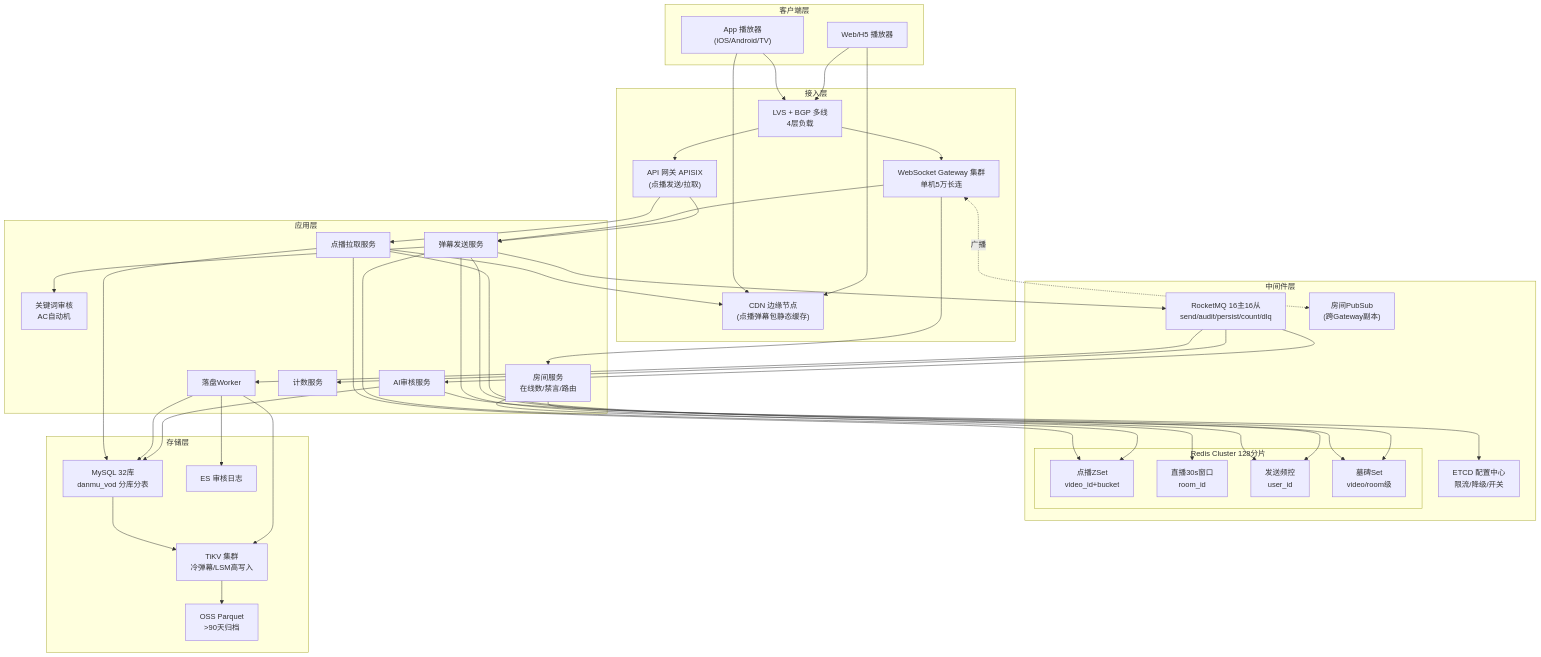
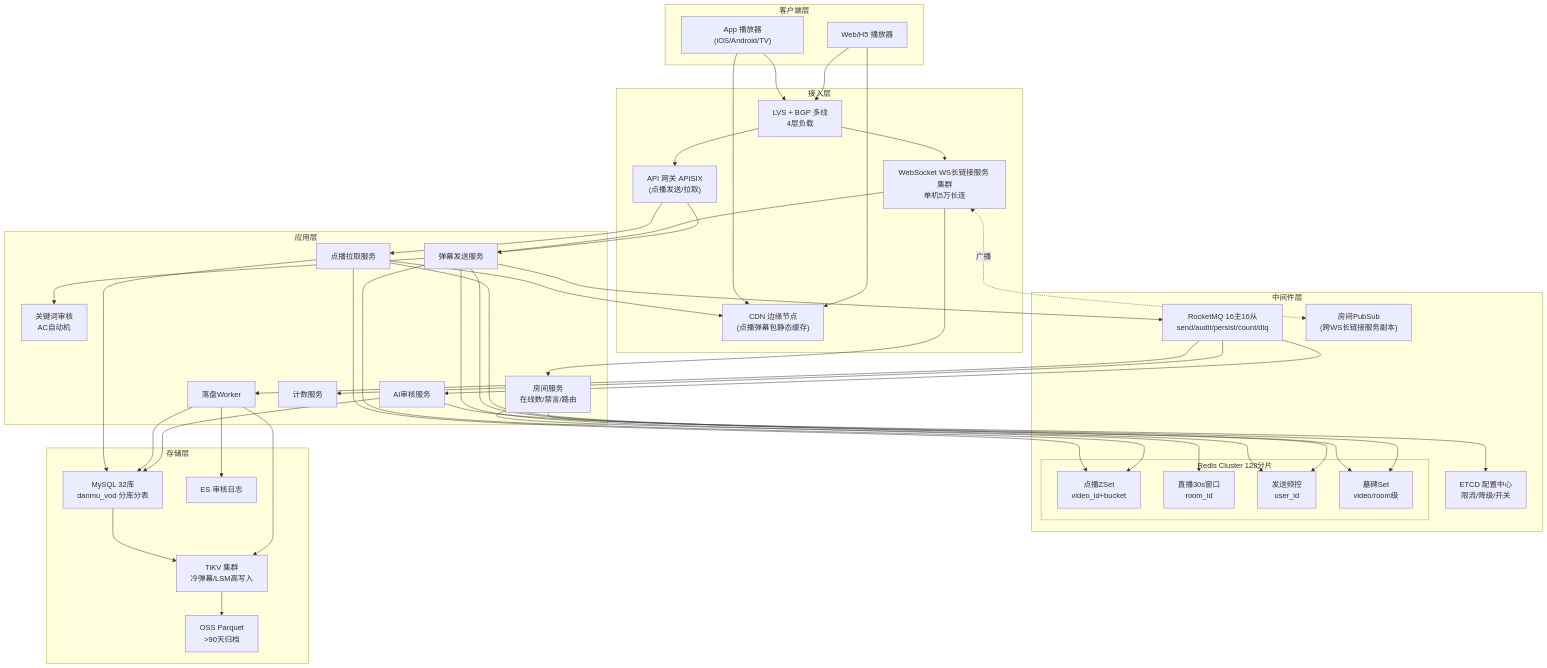
Before and after one commit to anjiadoo/my-algo-plan: the diagram in system-design/danmaku-system-design.md, drawn with Mermaid. The commit also changed other lines of this file, not shown here.

Commit message:
refactor(system-design):流程图修改

```diff
--- a/system-design/danmaku-system-design.md
+++ b/system-design/danmaku-system-design.md
@@ -372,7 +372,7 @@
       CDN["CDN 边缘节点\n(点播弹幕包静态缓存)"]
       LB["LVS + BGP 多线\n4层负载"]
       GW_HTTP["API 网关 APISIX\n(点播发送/拉取)"]
-      GW_WS["WebSocket Gateway 集群\n单机5万长连"]
+      GW_WS["WebSocket WS长链接服务 集群\n单机5万长连"]
     end
 
     subgraph 应用层
@@ -393,7 +393,7 @@
         R_TOMB["墓碑Set\nvideo/room级"]
       end
       MQ["RocketMQ 16主16从\nsend/audit/persist/count/dlq"]
-      PUBSUB["房间PubSub\n(跨Gateway副本)"]
+      PUBSUB["房间PubSub\n(跨WS长链接服务副本)"]
       ETCD["ETCD 配置中心\n限流/降级/开关"]
     end
 
```
